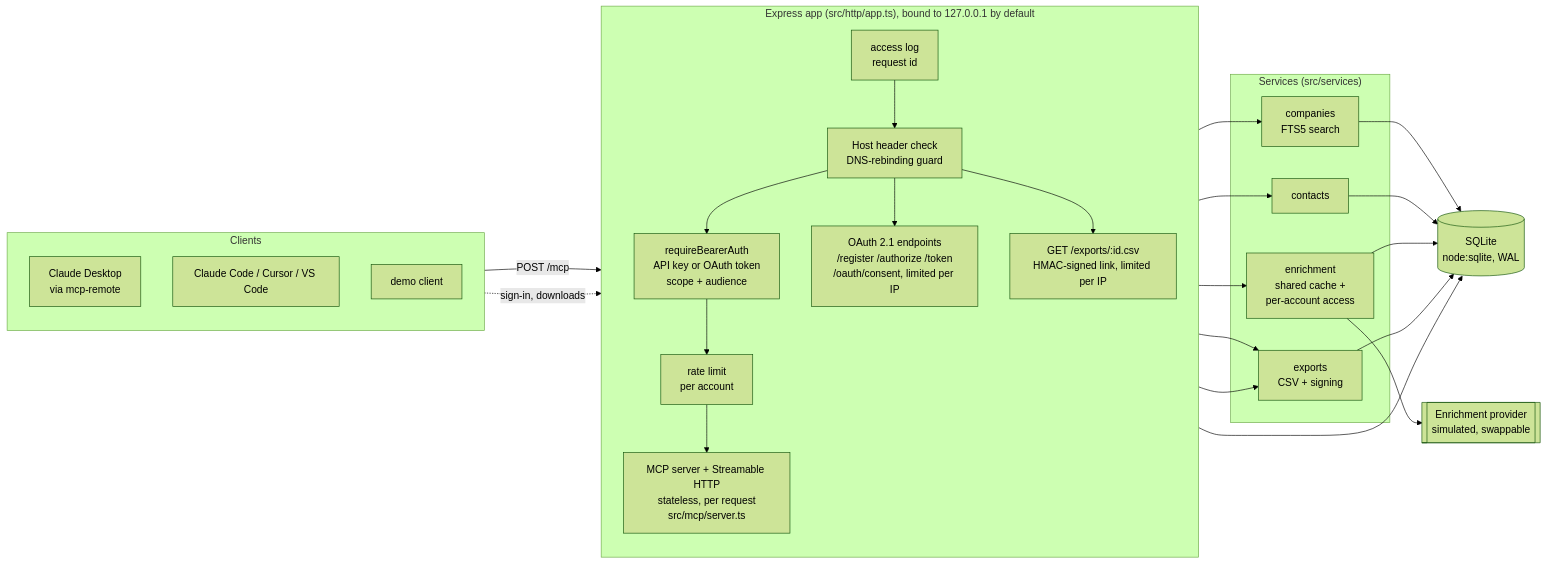
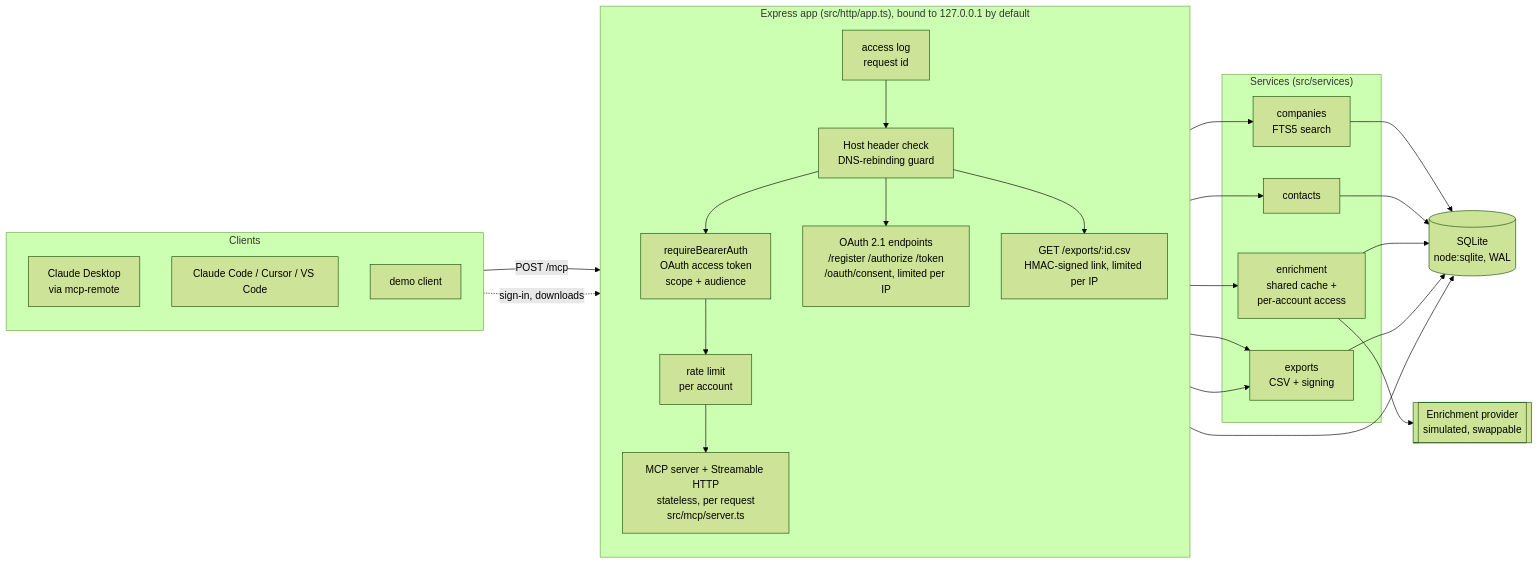
Before and after one commit to ozpool/company-intel-mcp: the second of 2 diagrams in README.md, drawn with Mermaid (forest theme). The commit also changed other lines of this file and 2 other files, not shown here.

First line of the commit message:
docs(repo): describe oauth-only sign-in in readme and diagram

````diff
--- a/README.md
+++ b/README.md
@@ -191,36 +182,36 @@
 ```mermaid
 flowchart LR
     subgraph Clients
         CD[Claude Desktop<br/>via mcp-remote]
         CC[Claude Code / Cursor / VS Code]
         DC[demo client]
     end
 
     subgraph Server["Express app (src/http/app.ts), bound to 127.0.0.1 by default"]
         direction TB
         LOG[access log<br/>request id] --> HOSTCHK[Host header check<br/>DNS-rebinding guard]
-        HOSTCHK --> AUTH[requireBearerAuth<br/>API key or OAuth token<br/>scope + audience]
+        HOSTCHK --> AUTH[requireBearerAuth<br/>OAuth access token<br/>scope + audience]
         AUTH --> RL[rate limit<br/>per account]
         RL --> MCP[MCP server + Streamable HTTP<br/>stateless, per request<br/>src/mcp/server.ts]
         HOSTCHK --> OAUTH[OAuth 2.1 endpoints<br/>/register /authorize /token<br/>/oauth/consent, limited per IP]
         HOSTCHK --> DL[GET /exports/:id.csv<br/>HMAC-signed link, limited per IP]
     end
 
     subgraph Services["Services (src/services)"]
         CO[companies<br/>FTS5 search]
         CT[contacts]
         EN[enrichment<br/>shared cache +<br/>per-account access]
         EX[exports<br/>CSV + signing]
     end
 
     DB[(SQLite<br/>node:sqlite, WAL)]
     PROV[[Enrichment provider<br/>simulated, swappable]]
 
     Clients -->|POST /mcp| LOG
     Clients -.->|sign-in, downloads| LOG
     MCP --> CO & CT & EN & EX
     EN --> PROV
     OAUTH --> DB
     DL --> EX
     CO & CT & EN & EX --> DB
 ```
````
